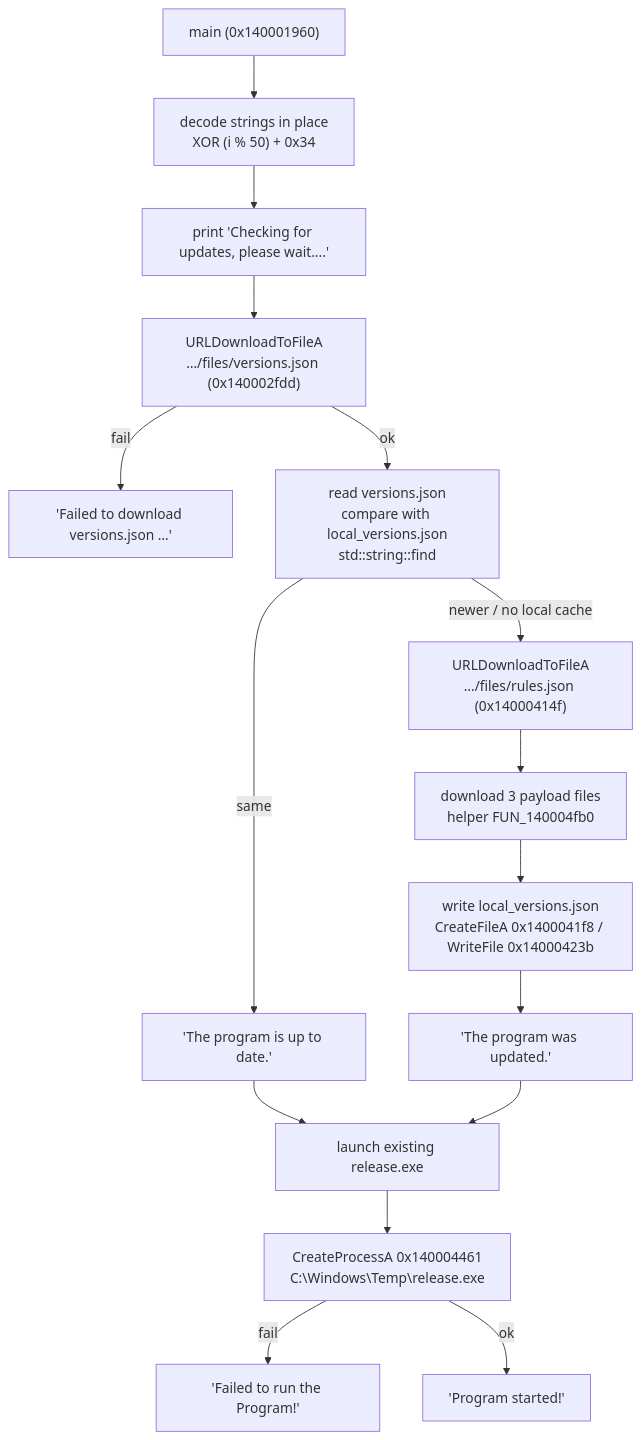
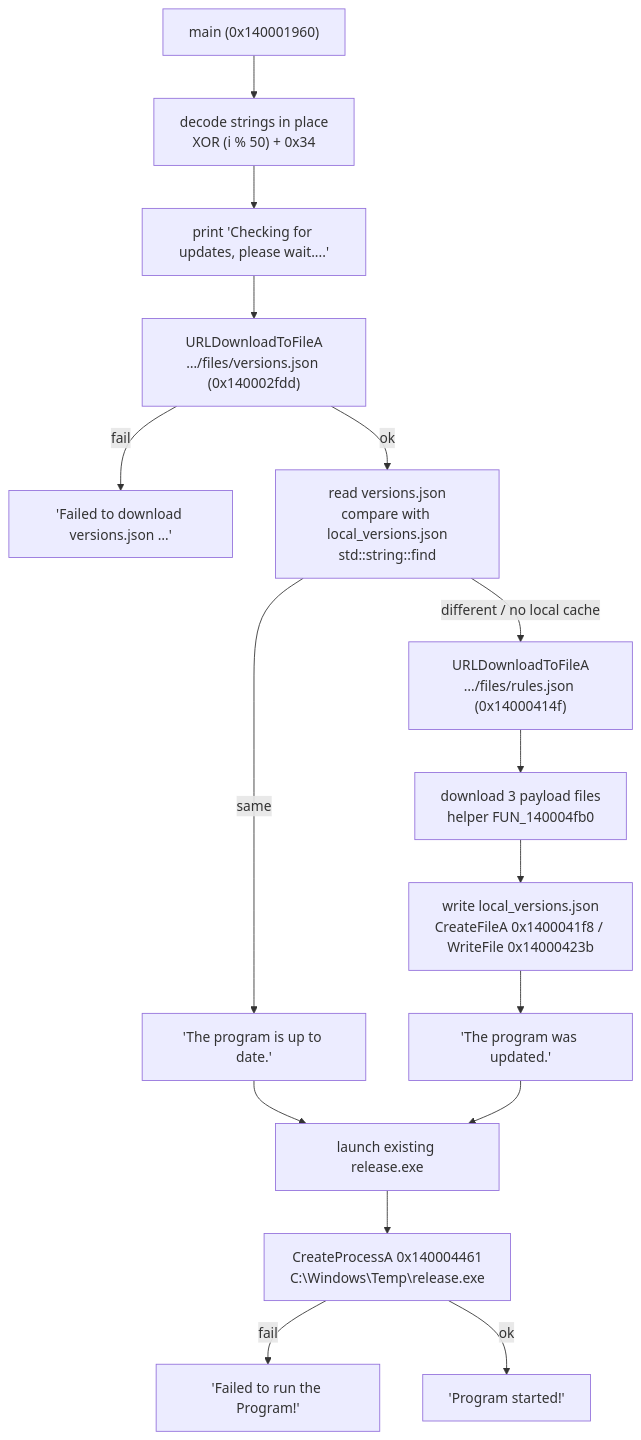
One commit to bawciarati/0xsec-writeups changed the diagram in malware-analysis/2026-11-13-dbdaxera-updater.md. Above: the diagram before and after it, drawn with Mermaid. The commit also changed other lines of this file and 5 other files, not shown here.

````diff
--- a/malware-analysis/2026-11-13-dbdaxera-updater.md
+++ b/malware-analysis/2026-11-13-dbdaxera-updater.md
@@ -120,18 +105,18 @@
 ```mermaid
 flowchart TD
     A["main (0x140001960)"] --> B["decode strings in place<br/>XOR (i % 50) + 0x34"]
     B --> C["print 'Checking for updates, please wait....'"]
     C --> D["URLDownloadToFileA<br/>…/files/versions.json (0x140002fdd)"]
     D -->|fail| E["'Failed to download versions.json …'"]
     D -->|ok| F["read versions.json<br/>compare with local_versions.json<br/>std::string::find"]
     F -->|same| G["'The program is up to date.'"]
     G --> H["launch existing release.exe"]
-    F -->|newer / no local cache| I["URLDownloadToFileA<br/>…/files/rules.json (0x14000414f)"]
+    F -->|different / no local cache| I["URLDownloadToFileA<br/>…/files/rules.json (0x14000414f)"]
     I --> J["download 3 payload files<br/>helper FUN_140004fb0"]
     J --> K["write local_versions.json<br/>CreateFileA 0x1400041f8 / WriteFile 0x14000423b"]
     K --> L["'The program was updated.'"]
     L --> H
     H --> M["CreateProcessA 0x140004461<br/>C:\Windows\Temp\release.exe"]
     M -->|fail| N["'Failed to run the Program!'"]
     M -->|ok| O["'Program started!'"]
 ```
````
